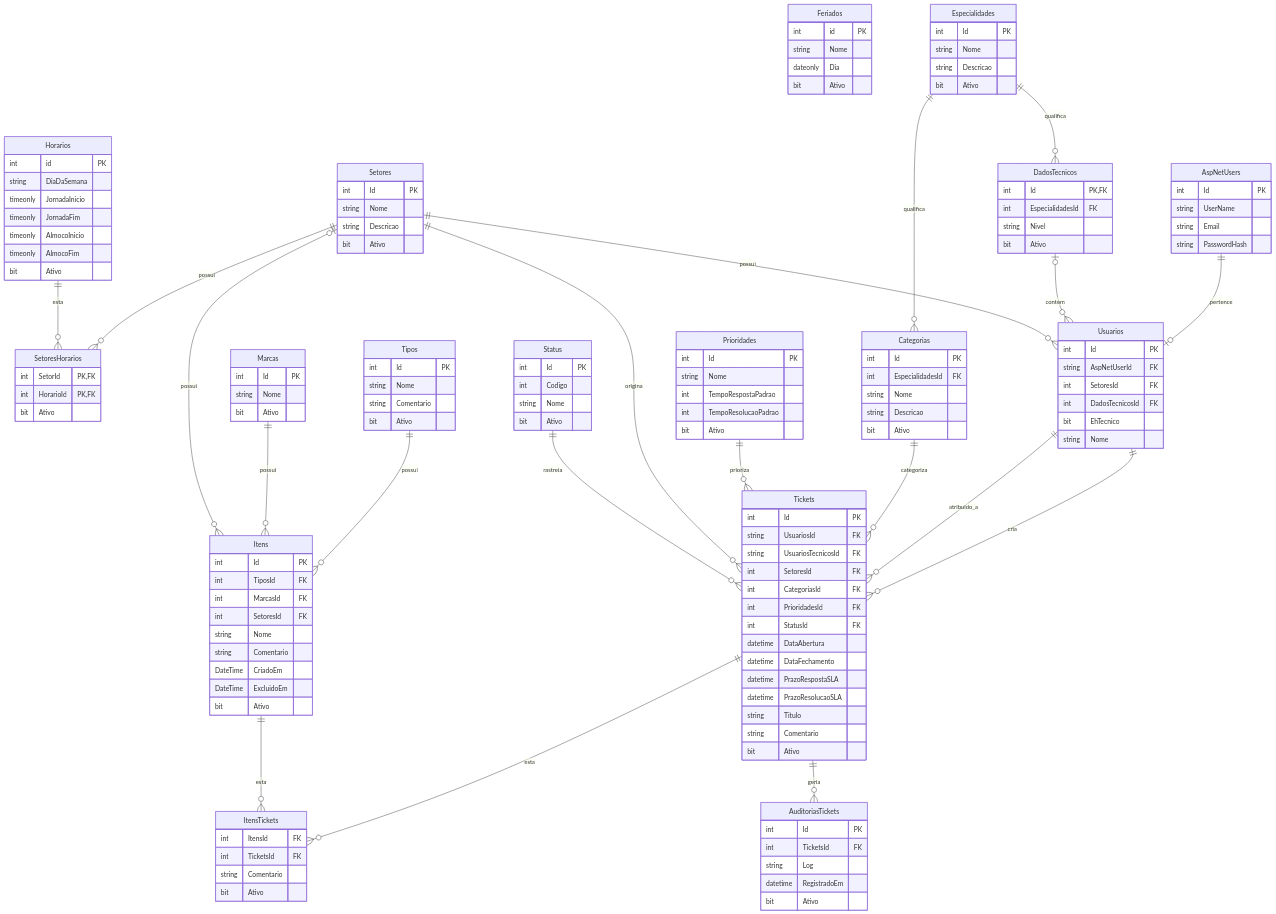
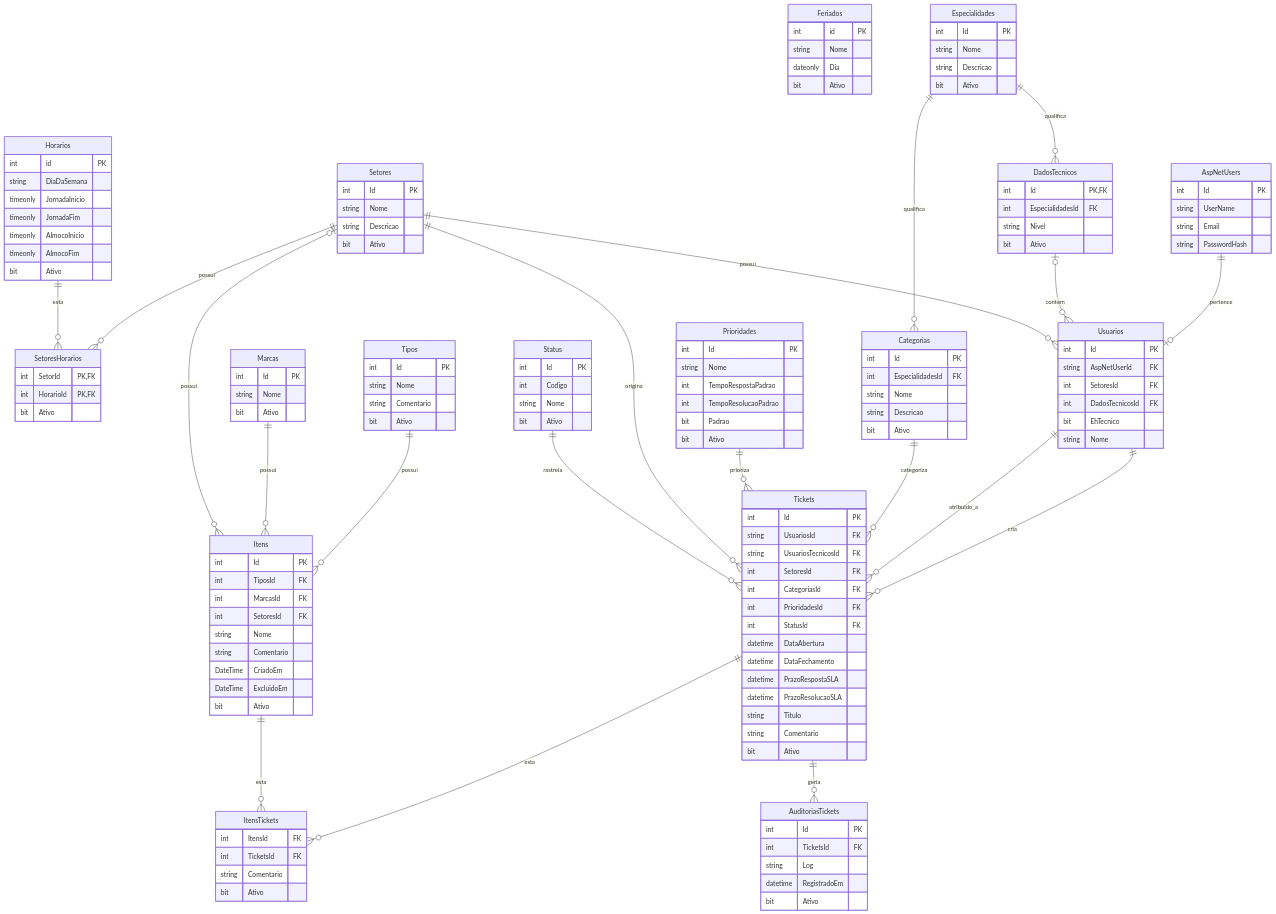
One commit to agsfranco/ChamadosTi changed the diagram in ServiceOrder.md. Above: the diagram before and after it, drawn with Mermaid. The commit also changed 21 other files, not shown here.

```diff
--- a/ServiceOrder.md
+++ b/ServiceOrder.md
@@ -73,6 +73,7 @@
         string Nome
         int TempoRespostaPadrao
         int TempoResolucaoPadrao
+        bit Padrao
         bit Ativo
     }
 
```
